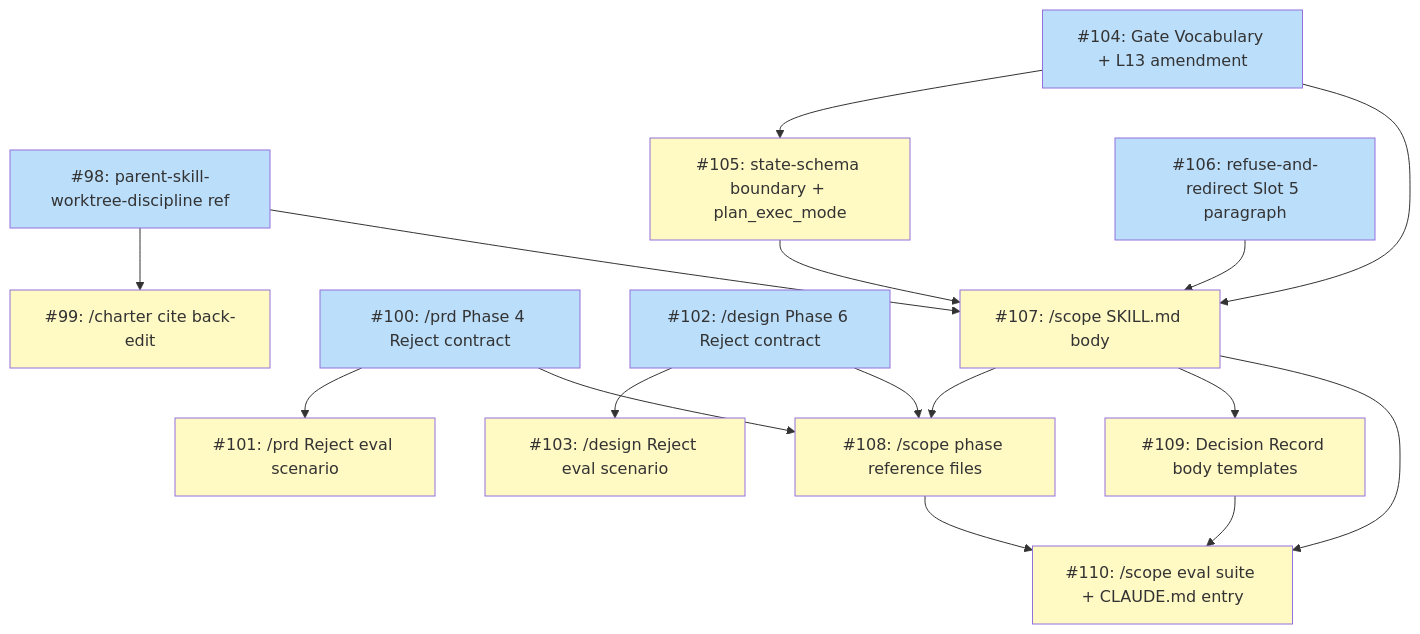
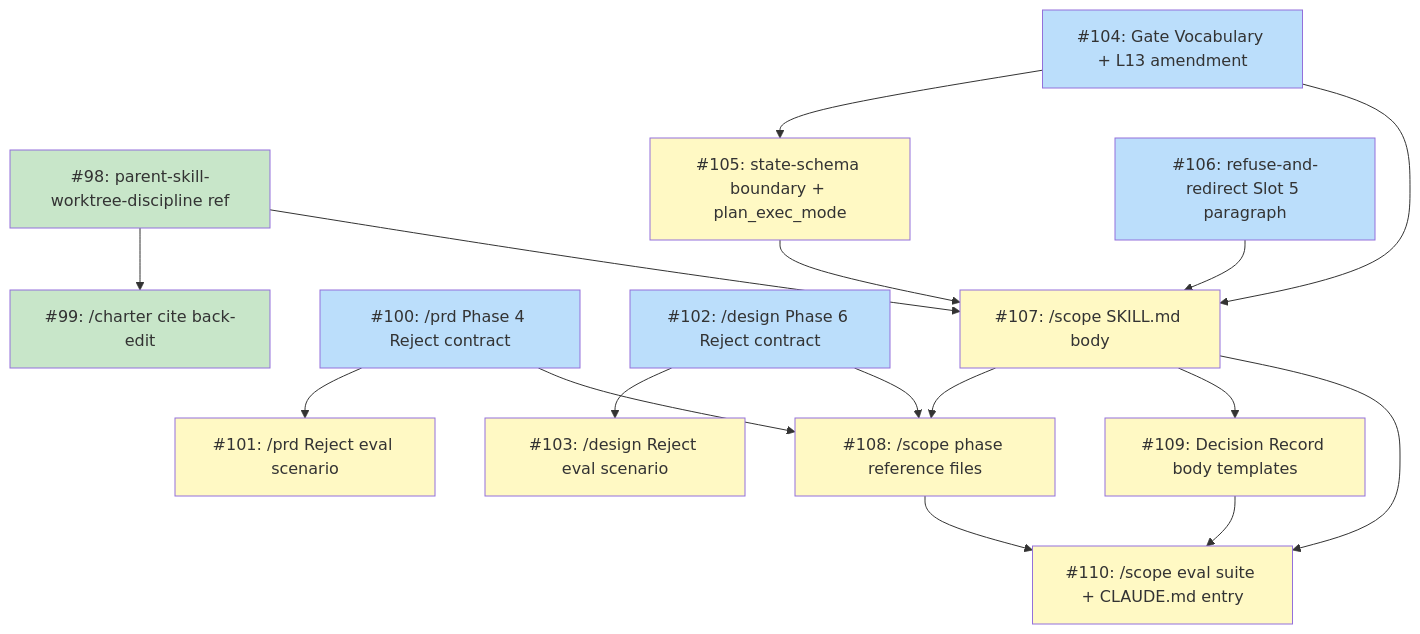
Before and after one commit to tsukumogami/shirabe: the diagram in docs/plans/PLAN-shirabe-scope-skill.md, drawn with Mermaid. The commit also changed other lines of this file, not shown here.

Commit message:
docs(plan): mark PR-1 issues complete and refresh /scope reference description

````diff
--- a/docs/plans/PLAN-shirabe-scope-skill.md
+++ b/docs/plans/PLAN-shirabe-scope-skill.md
@@ -63,45 +63,46 @@
 ```mermaid
 graph TD
     I98["#98: parent-skill-worktree-discipline ref"]
     I99["#99: /charter cite back-edit"]
     I100["#100: /prd Phase 4 Reject contract"]
     I101["#101: /prd Reject eval scenario"]
     I102["#102: /design Phase 6 Reject contract"]
     I103["#103: /design Reject eval scenario"]
     I104["#104: Gate Vocabulary + L13 amendment"]
     I105["#105: state-schema boundary + plan_exec_mode"]
     I106["#106: refuse-and-redirect Slot 5 paragraph"]
     I107["#107: /scope SKILL.md body"]
     I108["#108: /scope phase reference files"]
     I109["#109: Decision Record body templates"]
     I110["#110: /scope eval suite + CLAUDE.md entry"]
 
     I98 --> I99
     I98 --> I107
     I100 --> I101
     I100 --> I108
     I102 --> I103
     I102 --> I108
     I104 --> I105
     I104 --> I107
     I105 --> I107
     I106 --> I107
     I107 --> I108
     I107 --> I109
     I107 --> I110
     I108 --> I110
     I109 --> I110
 
     classDef done fill:#c8e6c9
     classDef ready fill:#bbdefb
     classDef blocked fill:#fff9c4
     classDef needsDesign fill:#e1bee7
     classDef needsPrd fill:#b3e5fc
     classDef needsSpike fill:#ffcdd2
     classDef needsDecision fill:#d1c4e9
     classDef tracksDesign fill:#FFE0B2,stroke:#F57C00,color:#000
     classDef tracksPlan fill:#FFE0B2,stroke:#F57C00,color:#000
 
-    class I98,I100,I102,I104,I106 ready
-    class I99,I101,I103,I105,I107,I108,I109,I110 blocked
+    class I98,I99 done
+    class I100,I102,I104,I106 ready
+    class I101,I103,I105,I107,I108,I109,I110 blocked
 ```
````
